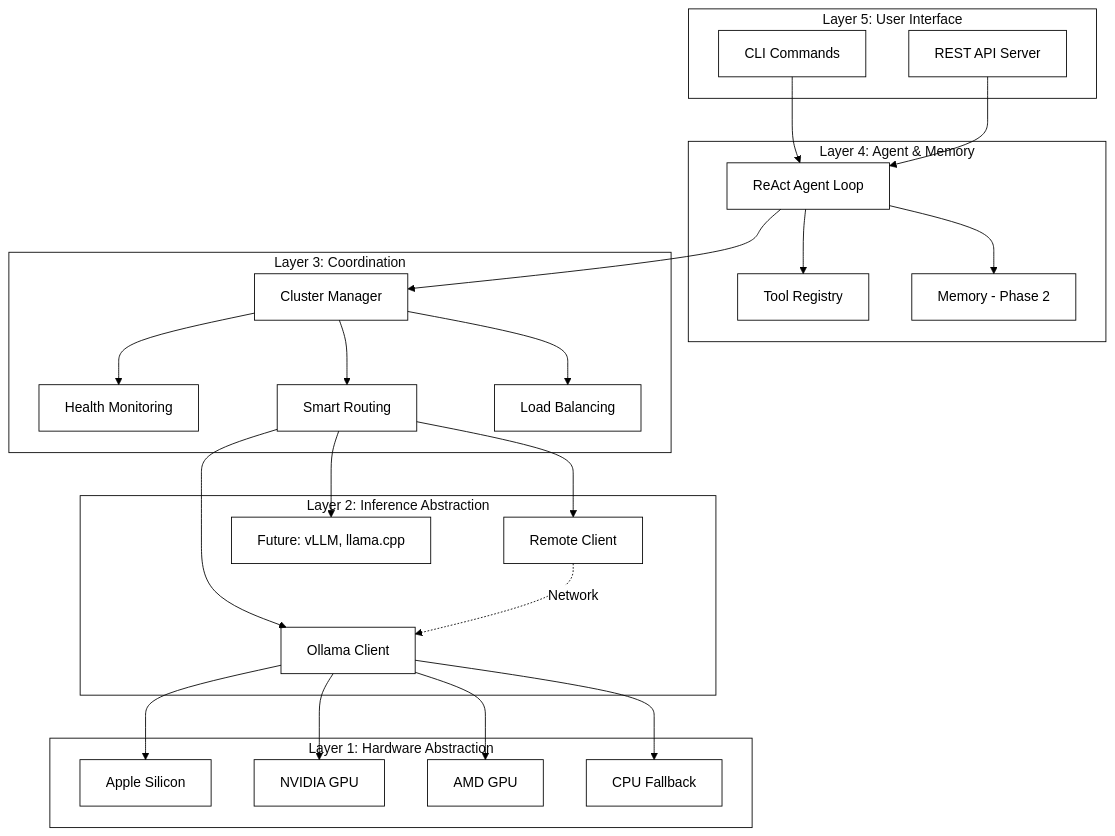
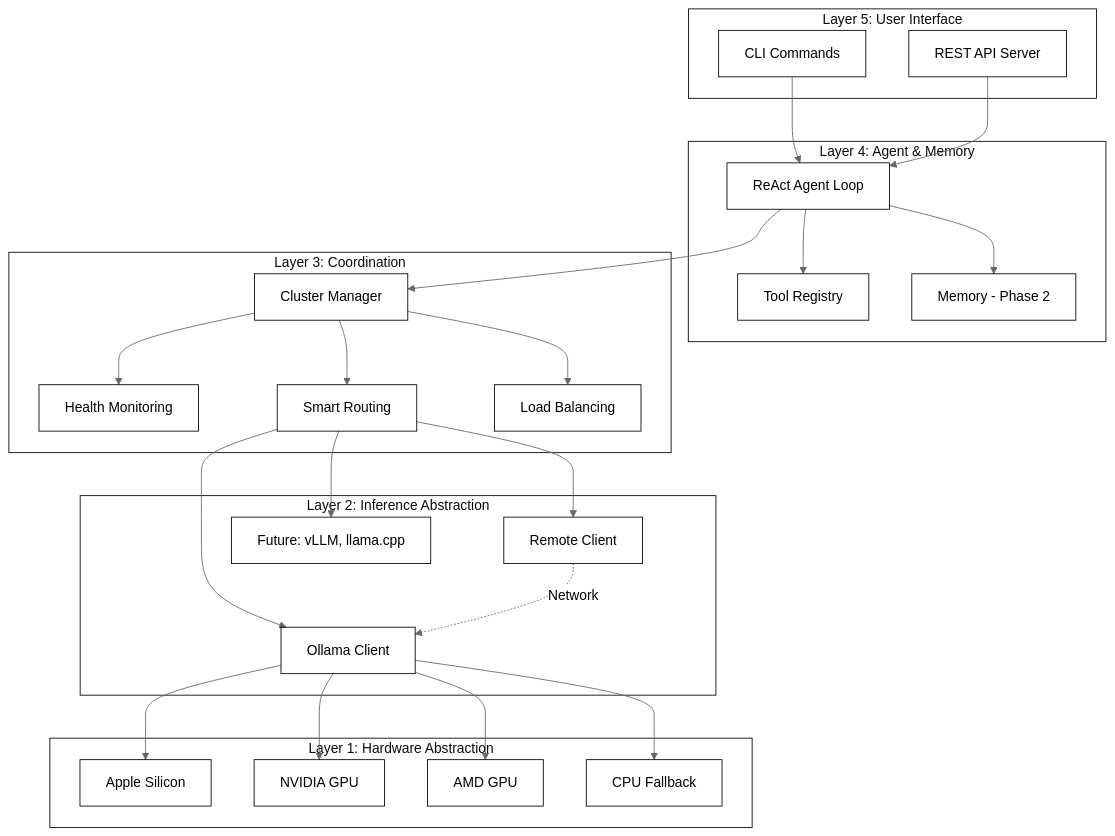
One commit to smallthinkingmachines/harombe changed the second of 2 diagrams in README.md. Above: the diagram before and after it, drawn with Mermaid. The commit also changed other lines of this file, not shown here.

Commit message:
docs: use gray lines for visibility on both light and dark modes
- Changed lineColor to #666666 (medium gray)
- Gray lines visible on both white and black backgrounds
- Maintains clarity across GitHub's light and dark themes
- Better contrast ratio for accessibility

````diff
--- a/README.md
+++ b/README.md
@@ -294,51 +294,51 @@
 ```mermaid
-%%{init: {'theme': 'base', 'themeVariables': {'primaryColor': '#ffffff', 'primaryTextColor': '#000000', 'primaryBorderColor': '#000000', 'lineColor': '#000000', 'secondaryColor': '#e8e8e8', 'tertiaryColor': '#f5f5f5', 'edgeLabelBackground': '#ffffff', 'clusterBkg': '#ffffff', 'clusterBorder': '#000000', 'mainBkg': 'transparent', 'background': 'transparent'}}}%%
+%%{init: {'theme': 'base', 'themeVariables': {'primaryColor': '#ffffff', 'primaryTextColor': '#000000', 'primaryBorderColor': '#000000', 'lineColor': '#666666', 'secondaryColor': '#e8e8e8', 'tertiaryColor': '#f5f5f5', 'edgeLabelBackground': '#ffffff', 'clusterBkg': '#ffffff', 'clusterBorder': '#000000', 'mainBkg': 'transparent', 'background': 'transparent'}}}%%
 flowchart TB
     subgraph UI["Layer 5: User Interface"]
         CLI[CLI Commands]
         API[REST API Server]
     end
 
     subgraph Agent["Layer 4: Agent & Memory"]
         ReAct[ReAct Agent Loop]
         Tools[Tool Registry]
         Memory[Memory - Phase 2]
     end
 
     subgraph Coord["Layer 3: Coordination"]
         ClusterMgr[Cluster Manager]
         Health[Health Monitoring]
         Router[Smart Routing]
         LoadBal[Load Balancing]
     end
 
     subgraph Inference["Layer 2: Inference Abstraction"]
         OllamaClient[Ollama Client]
         RemoteClient[Remote Client]
         FutureClient[Future: vLLM, llama.cpp]
     end
 
     subgraph Hardware["Layer 1: Hardware Abstraction"]
         Apple[Apple Silicon]
         NVIDIA[NVIDIA GPU]
         AMD[AMD GPU]
         CPU[CPU Fallback]
     end
 
     CLI --> ReAct
     API --> ReAct
     ReAct --> Tools
     ReAct --> Memory
     ReAct --> ClusterMgr
     ClusterMgr --> Health
     ClusterMgr --> Router
     ClusterMgr --> LoadBal
     Router --> OllamaClient
     Router --> RemoteClient
     Router --> FutureClient
     OllamaClient --> Apple
     OllamaClient --> NVIDIA
     OllamaClient --> AMD
     OllamaClient --> CPU
     RemoteClient -.->|Network| OllamaClient
 ```
````
